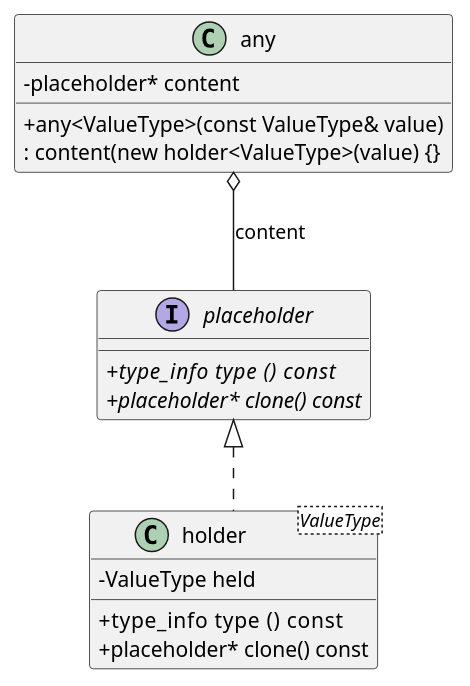
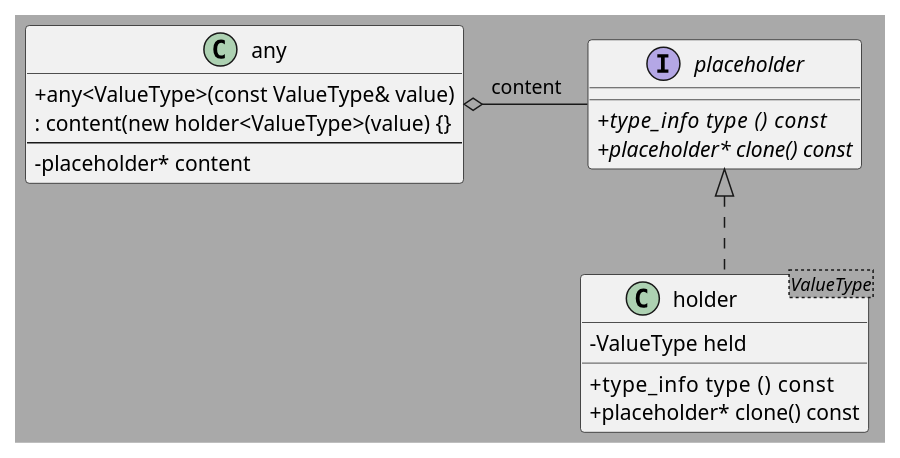
One commit to XzoRit/template_programming_workshop changed the diagram in presentation.org. Above: the diagram before and after it, drawn with PlantUML.

Commit message:
change layout of boost.any diagram

```diff
--- a/presentation.org
+++ b/presentation.org
@@ -523,23 +523,32 @@
 #+BEGIN_SRC plantuml :file boost_any.png
+skinparam backgroundcolor DarkGrey
 skinparam classAttributeIconSize 0
 
 class any {
       +any<ValueType>(const ValueType& value)
       : content(new holder<ValueType>(value) {}
+      --
       -placeholder* content
 }
 
 interface placeholder {
       +{abstract} type_info    type () const
       +{abstract} placeholder* clone() const
 }
 
 class holder<ValueType> {
       +type_info    type () const
       +placeholder* clone() const
       -ValueType held
 }
 
 placeholder <|.. holder
 any         o--  placeholder : content
+
+together {
+      class any
+      interface placeholder
+}
+
+any -[hidden]> placeholder
 #+END_SRC
```
